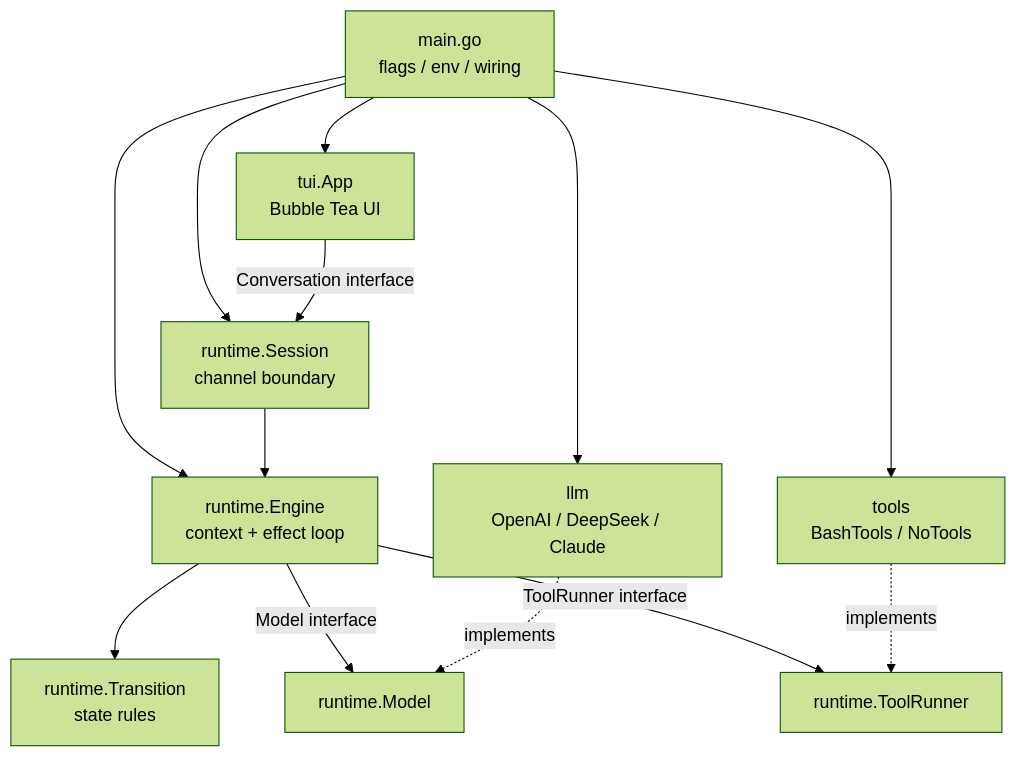
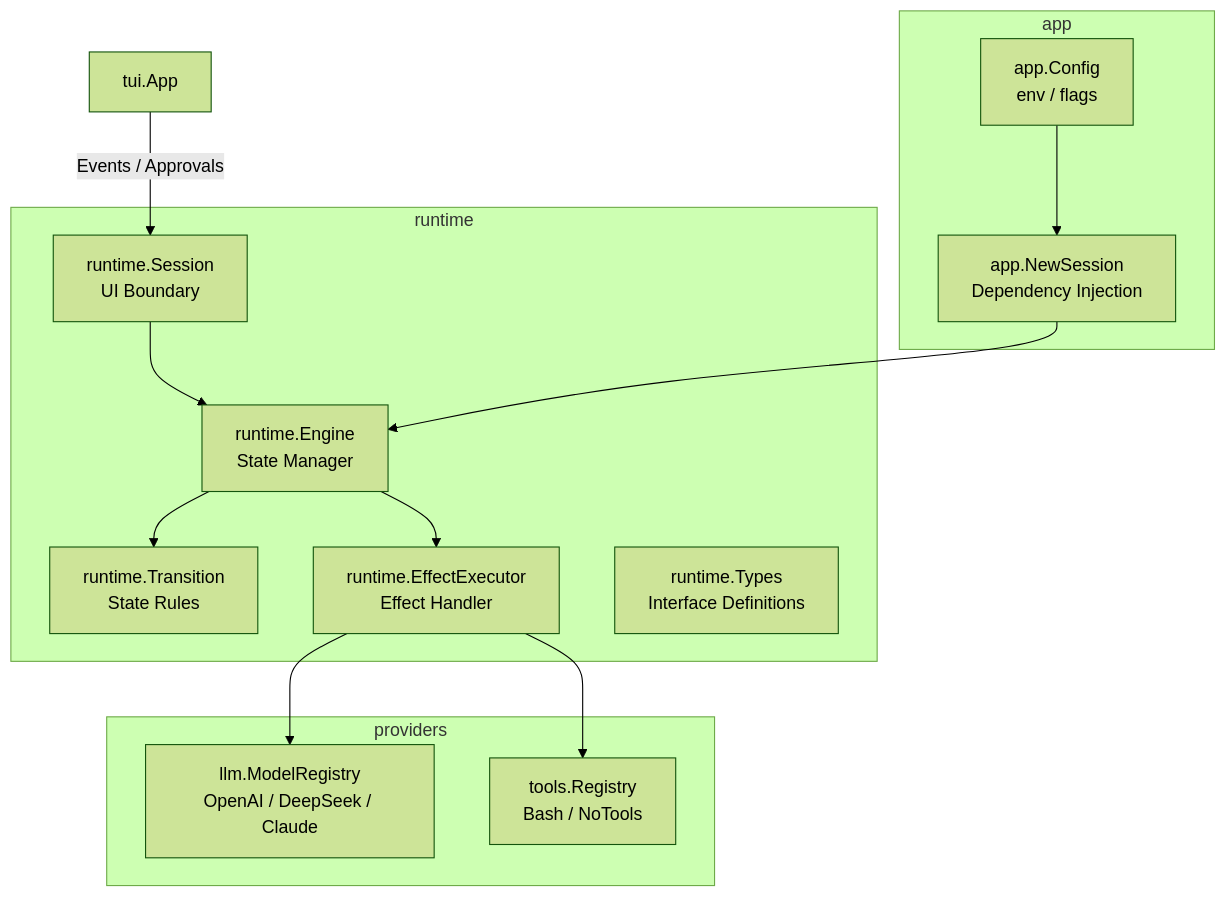
The first of 2 diagrams in arch.md (Boatjoey/super-agent), drawn with Mermaid (forest theme) before and after one commit. The commit also changed other lines of this file and 12 other files, not shown here.

Commit message:
refactor: improve engine concurrency and session events

````diff
--- a/arch.md
+++ b/arch.md
@@ -24,26 +24,29 @@
 ```mermaid
 flowchart TD
-    main[main.go<br/>flags / env / wiring]
-    tui[tui.App<br/>Bubble Tea UI]
-    session[runtime.Session<br/>channel boundary]
-    engine[runtime.Engine<br/>context + effect loop]
-    transition[runtime.Transition<br/>state rules]
-    modelif[runtime.Model]
-    toolif[runtime.ToolRunner]
-    llm[llm<br/>OpenAI / DeepSeek / Claude]
-    tools[tools<br/>BashTools / NoTools]
+    subgraph app
+        config[app.Config<br/>env / flags]
+        wiring[app.NewSession<br/>Dependency Injection]
+    end
 
-    main --> tui
-    main --> session
-    main --> engine
-    main --> llm
-    main --> tools
+    subgraph runtime
+        engine[runtime.Engine<br/>State Manager]
+        transition[runtime.Transition<br/>State Rules]
+        session[runtime.Session<br/>UI Boundary]
+        executor[runtime.EffectExecutor<br/>Effect Handler]
+        types[runtime.Types<br/>Interface Definitions]
+    end
 
-    tui -->|Conversation interface| session
+    subgraph providers
+        llm[llm.ModelRegistry<br/>OpenAI / DeepSeek / Claude]
+        tools[tools.Registry<br/>Bash / NoTools]
+    end
+
+    tui[tui.App] -->|Events / Approvals| session
     session --> engine
     engine --> transition
-    engine -->|Model interface| modelif
-    engine -->|ToolRunner interface| toolif
-    llm -. implements .-> modelif
-    tools -. implements .-> toolif
+    engine --> executor
+    executor --> llm
+    executor --> tools
+    wiring --> engine
+    config --> wiring
 ```
````
